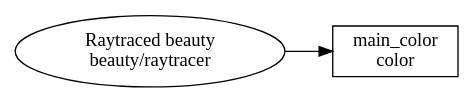
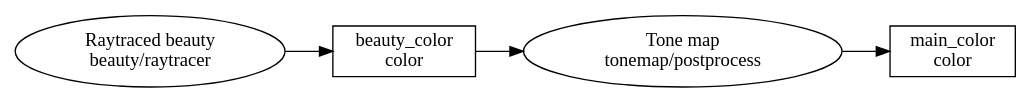
Before and after one commit to tkadauke/raytracer: the diagram in docs/markdown/render-graph/render_graph_raytrace_beauty.dot, drawn with Graphviz. The commit also changed 11 other files, not shown here.

Commit message:
Add tonemap node to compiled render graph

```diff
--- a/docs/markdown/render-graph/render_graph_raytrace_beauty.dot
+++ b/docs/markdown/render-graph/render_graph_raytrace_beauty.dot
@@ -1,6 +1,10 @@
 digraph RenderPlan {
   rankdir=LR;
+  "resource:beauty_color" [shape=box,label="beauty_color\ncolor"];
   "resource:main_color" [shape=box,label="main_color\ncolor"];
   "pass:raytrace_beauty" [shape=ellipse,label="Raytraced beauty\nbeauty/raytracer"];
-  "pass:raytrace_beauty" -> "resource:main_color";
+  "pass:raytrace_beauty" -> "resource:beauty_color";
+  "pass:tonemap" [shape=ellipse,label="Tone map\ntonemap/postprocess"];
+  "resource:beauty_color" -> "pass:tonemap";
+  "pass:tonemap" -> "resource:main_color";
 }
```
